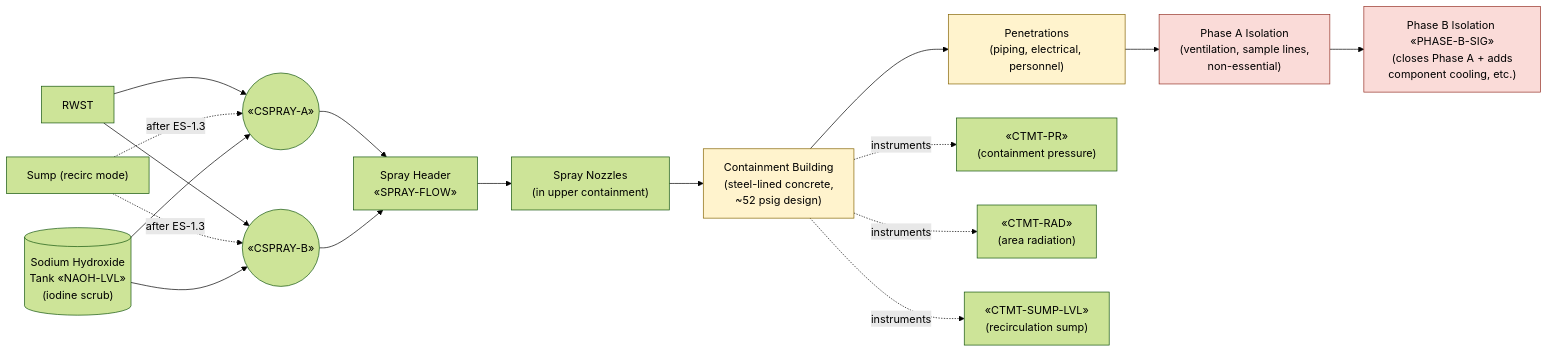
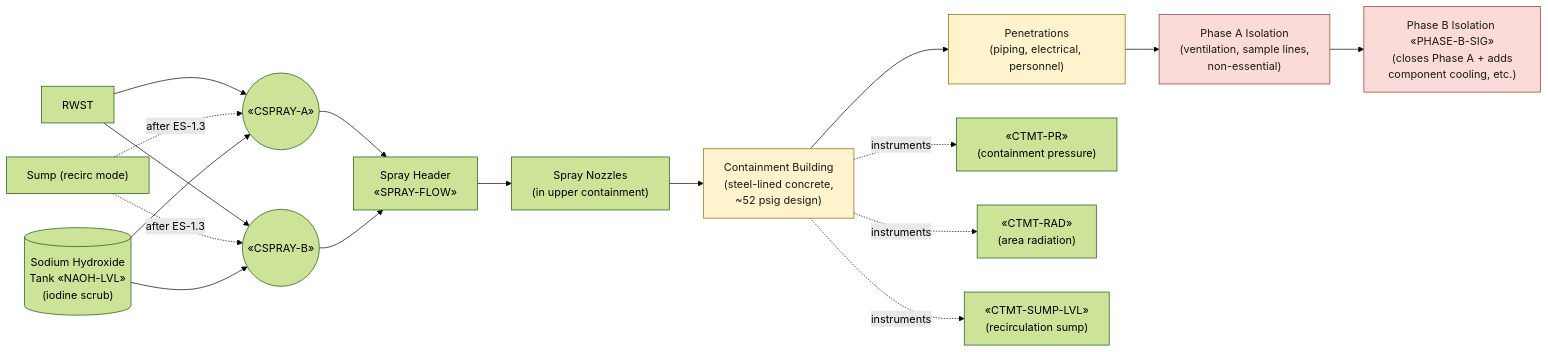
Before and after one commit to samsinn-wikis/pwr-ops: the diagram in wiki/systems/containment.md, drawn with Mermaid (forest theme). The commit also changed 11 other files, not shown here.

First line of the commit message:
fix(systems): force dark text on light-fill mermaid nodes

````diff
--- a/wiki/systems/containment.md
+++ b/wiki/systems/containment.md
@@ -32,31 +32,31 @@
 ```mermaid
 flowchart LR
     SHELL["Containment Building<br/>(steel-lined concrete,<br/>~52 psig design)"]
     PEN["Penetrations<br/>(piping, electrical, personnel)"]
     PA["Phase A Isolation<br/>(ventilation, sample lines,<br/>non-essential)"]
     PB["Phase B Isolation «PHASE-B-SIG»<br/>(closes Phase A + adds<br/>component cooling, etc.)"]
     PR["«CTMT-PR»<br/>(containment pressure)"]
     RAD["«CTMT-RAD»<br/>(area radiation)"]
     SUMP["«CTMT-SUMP-LVL»<br/>(recirculation sump)"]
     SPRAY_A(("«CSPRAY-A»"))
     SPRAY_B(("«CSPRAY-B»"))
     HEADER["Spray Header<br/>«SPRAY-FLOW»"]
     NOZZLES["Spray Nozzles<br/>(in upper containment)"]
     NaOH[("Sodium Hydroxide<br/>Tank «NAOH-LVL»<br/>(iodine scrub)")]
     RWST["RWST"]
     SUMP_RECIRC["Sump (recirc mode)"]
 
     SHELL --> PEN
     PEN --> PA
     PA --> PB
     SHELL -. instruments .-> PR & RAD & SUMP
     RWST --> SPRAY_A & SPRAY_B
     SUMP_RECIRC -. "after ES-1.3" .-> SPRAY_A & SPRAY_B
     NaOH --> SPRAY_A & SPRAY_B
     SPRAY_A & SPRAY_B --> HEADER --> NOZZLES --> SHELL
 
-    classDef boundary fill:#fff3cd,stroke:#856404
-    classDef isol fill:#fadbd8,stroke:#943126
+    classDef boundary fill:#fff3cd,stroke:#856404,color:#1a1a1a
+    classDef isol fill:#fadbd8,stroke:#943126,color:#1a1a1a
     class SHELL,PEN boundary
     class PA,PB isol
 ```
````
